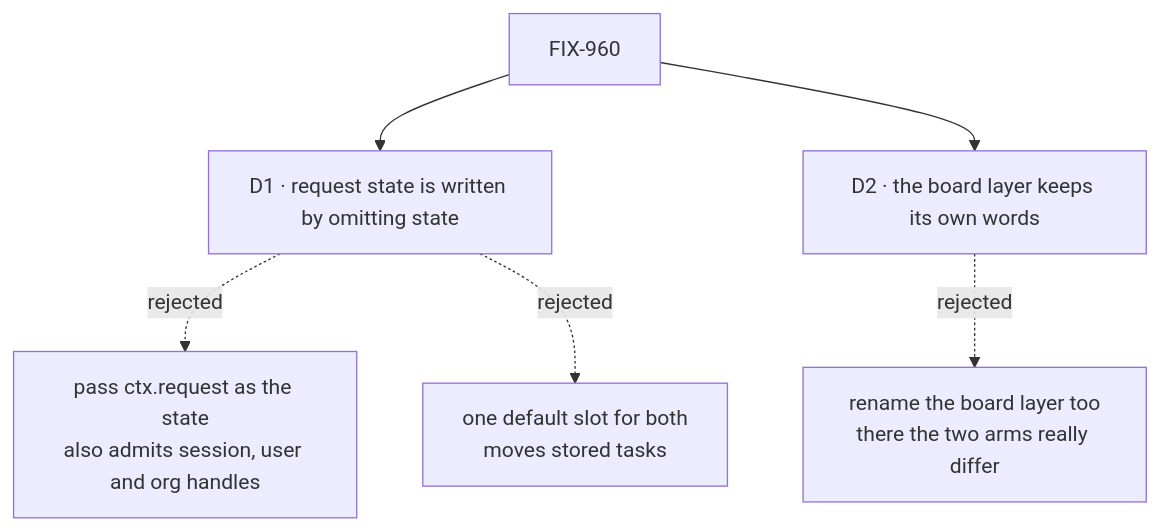
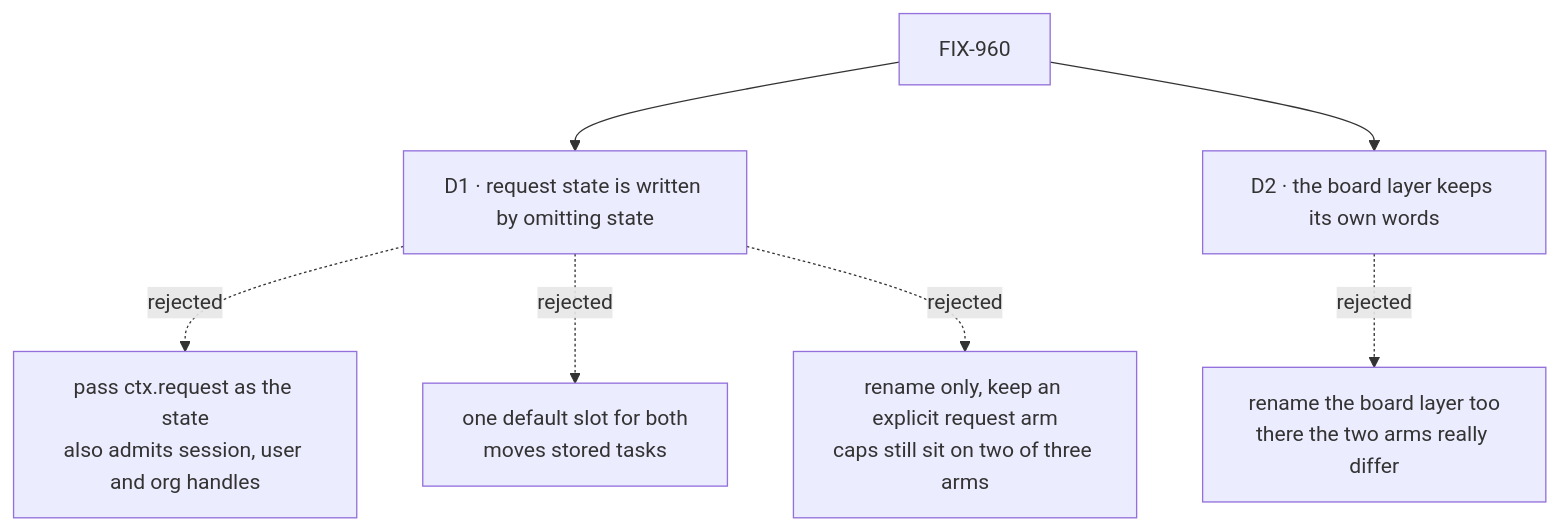
One commit to fixpoint-labs/flow-state-dev changed the diagram in specs/issues/FIX-960/DECISIONS.md. Above: the diagram before and after it, drawn with Mermaid. The commit also changed other lines of this file and 3 other files, not shown here.

First line of the commit message:
spec(FIX-960): price rename-only and request-narrowed alternatives at D1; review notes

````diff
--- a/specs/issues/FIX-960/DECISIONS.md
+++ b/specs/issues/FIX-960/DECISIONS.md
@@ -10,8 +10,9 @@
 ```mermaid
 flowchart TD
   I["FIX-960"] --> D1["D1 · request state is written by omitting state"]
   D1 -.->|"rejected"| X1["pass ctx.request as the state<br/>also admits session, user and org handles"]
   D1 -.->|"rejected"| X1b["one default slot for both<br/>moves stored tasks"]
+  D1 -.->|"rejected"| X1c["rename only, keep an explicit request arm<br/>caps still sit on two of three arms"]
   I --> D2["D2 · the board layer keeps its own words"]
   D2 -.->|"rejected"| X2["rename the board layer too<br/>there the two arms really differ"]
 ```
````
